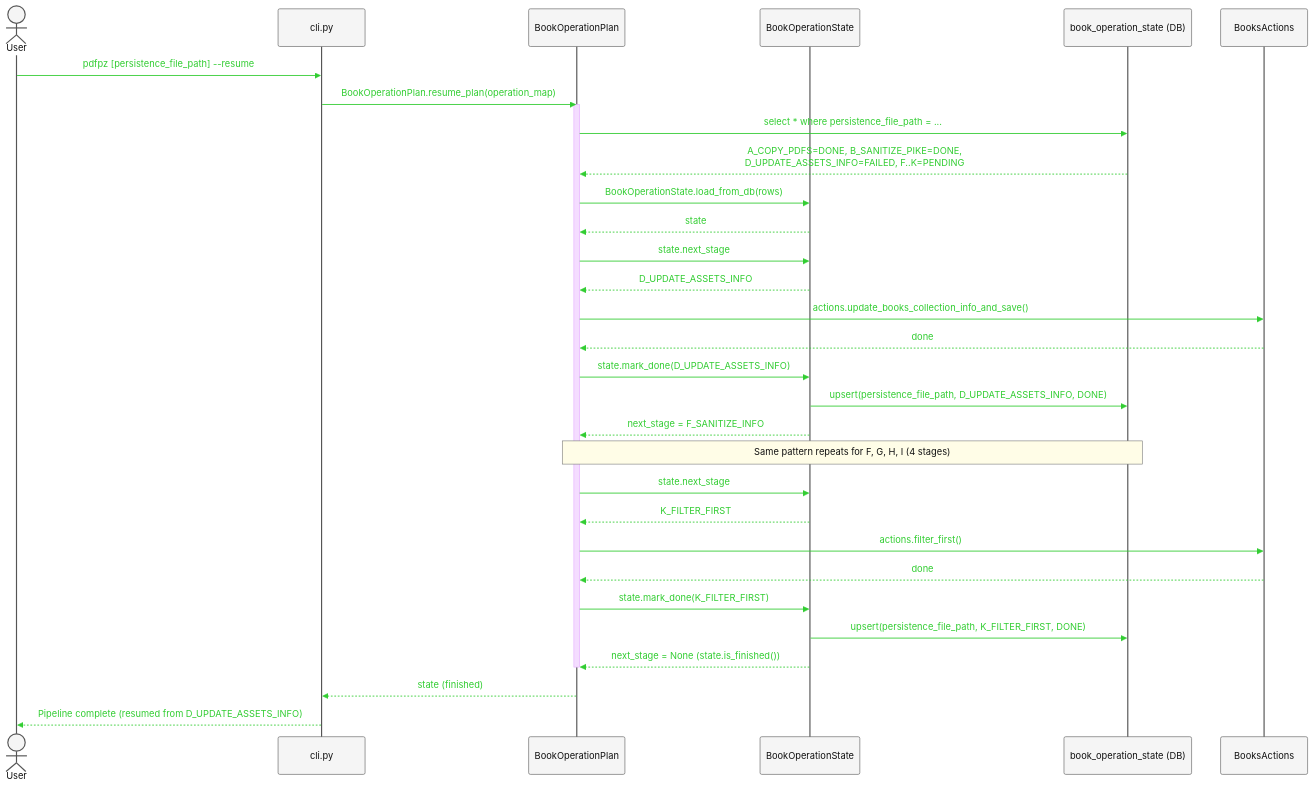
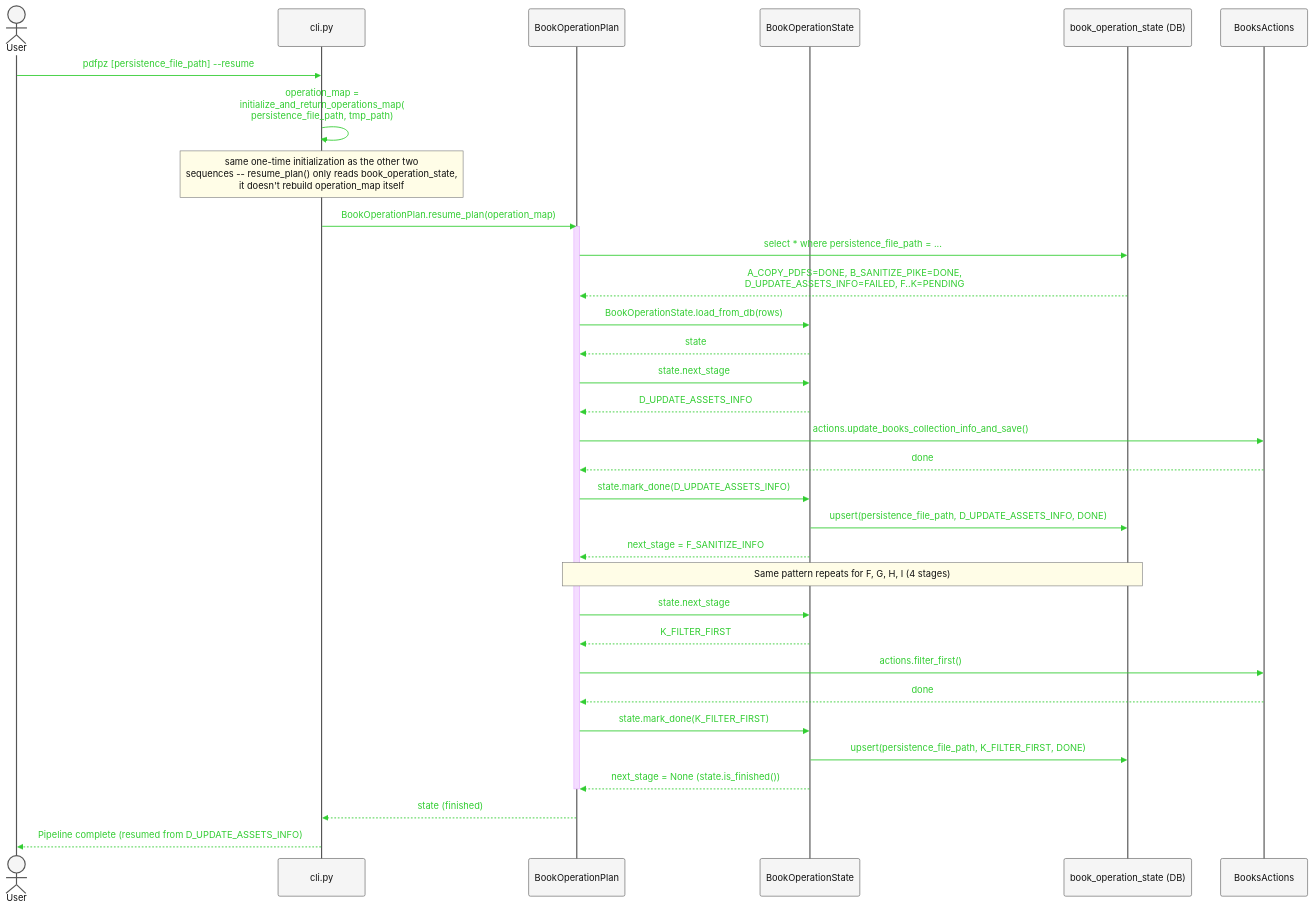
The third of 4 diagrams in src/pdfpz/Docs/api-cli-hl.md (sdhube/forkpdfpz), drawn with Mermaid before and after one commit. The commit also changed other lines of this file, not shown here.

````diff
--- a/src/pdfpz/Docs/api-cli-hl.md
+++ b/src/pdfpz/Docs/api-cli-hl.md
@@ -205,54 +209,56 @@
 ```mermaid
 %%{init: {
   "theme": "base",
   "themeVariables": {
     "fontSize": "48px",
     "actorFontSize": "48px",
     "messageFontSize": "44px",
     "noteFontSize": "40px",
     "actorBkg": "#f5f5f5",
     "actorBorder": "#555555",
     "actorTextColor": "#111111",
     "signalColor": "#32CD32",
     "signalTextColor": "#32CD32",
     "labelTextColor": "#32CD32",
     "noteBkgColor": "#fffde7",
     "noteBorderColor": "#777777",
     "noteTextColor": "#111111"
   },
   "themeCSS": ".messageText,.signalText,.labelText{fill:#32CD32 !important;stroke:none !important;} .messageLine0,.messageLine1{stroke:#32CD32 !important;}"
 }}%%
 sequenceDiagram
     actor User
     participant CLI as cli.py
     participant Plan as BookOperationPlan
     participant State as BookOperationState
     participant DB as book_operation_state (DB)
     participant Actions as BooksActions
 
     User->>CLI: pdfpz [persistence_file_path] --resume
+    CLI->>CLI: operation_map =<br/>initialize_and_return_operations_map(<br/>persistence_file_path, tmp_path)
+    Note over CLI: same one-time initialization as the other two<br/>sequences -- resume_plan() only reads book_operation_state,<br/>it doesn't rebuild operation_map itself
     CLI->>Plan: BookOperationPlan.resume_plan(operation_map)
     activate Plan
     Plan->>DB: select * where persistence_file_path = ...
     DB-->>Plan: A_COPY_PDFS=DONE, B_SANITIZE_PIKE=DONE,<br/>D_UPDATE_ASSETS_INFO=FAILED, F..K=PENDING
     Plan->>State: BookOperationState.load_from_db(rows)
     State-->>Plan: state
     Plan->>State: state.next_stage
     State-->>Plan: D_UPDATE_ASSETS_INFO
     Plan->>Actions: actions.update_books_collection_info_and_save()
     Actions-->>Plan: done
     Plan->>State: state.mark_done(D_UPDATE_ASSETS_INFO)
     State->>DB: upsert(persistence_file_path, D_UPDATE_ASSETS_INFO, DONE)
     State-->>Plan: next_stage = F_SANITIZE_INFO
     Note over Plan,DB: Same pattern repeats for F, G, H, I (4 stages)
     Plan->>State: state.next_stage
     State-->>Plan: K_FILTER_FIRST
     Plan->>Actions: actions.filter_first()
     Actions-->>Plan: done
     Plan->>State: state.mark_done(K_FILTER_FIRST)
     State->>DB: upsert(persistence_file_path, K_FILTER_FIRST, DONE)
     State-->>Plan: next_stage = None (state.is_finished())
     deactivate Plan
     Plan-->>CLI: state (finished)
     CLI-->>User: Pipeline complete (resumed from D_UPDATE_ASSETS_INFO)
 ```
````
